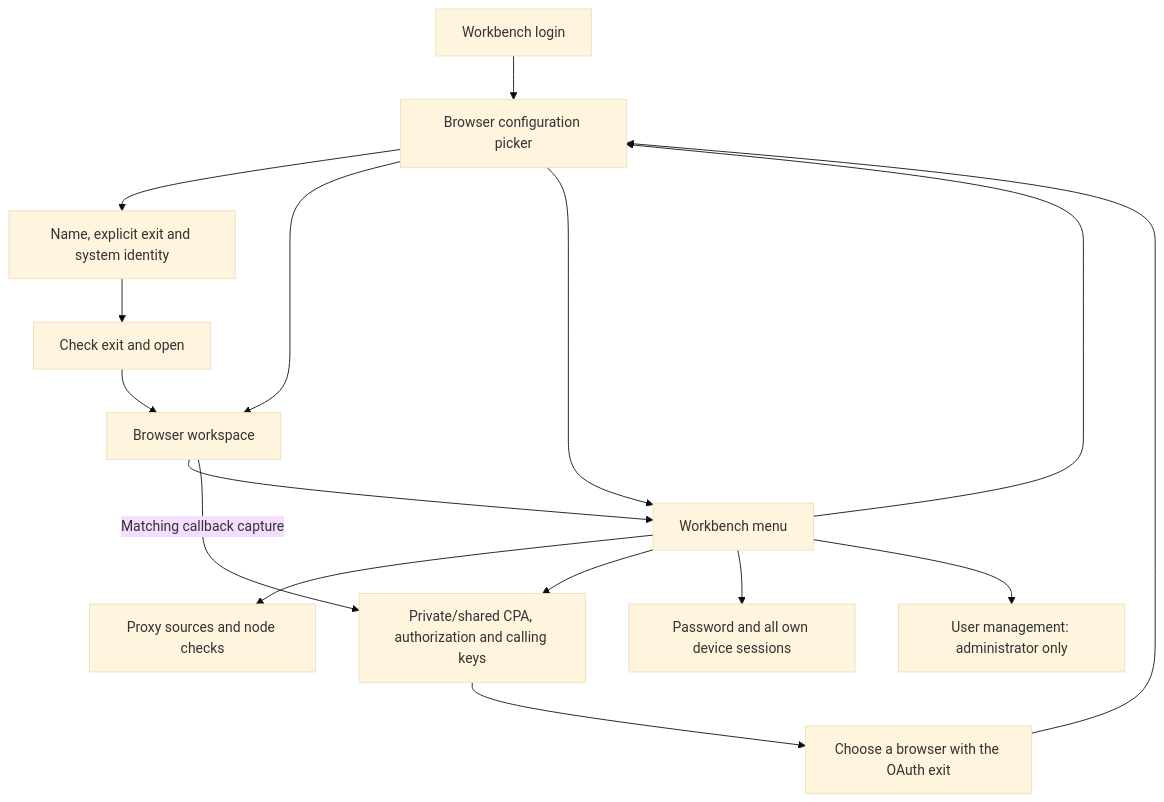
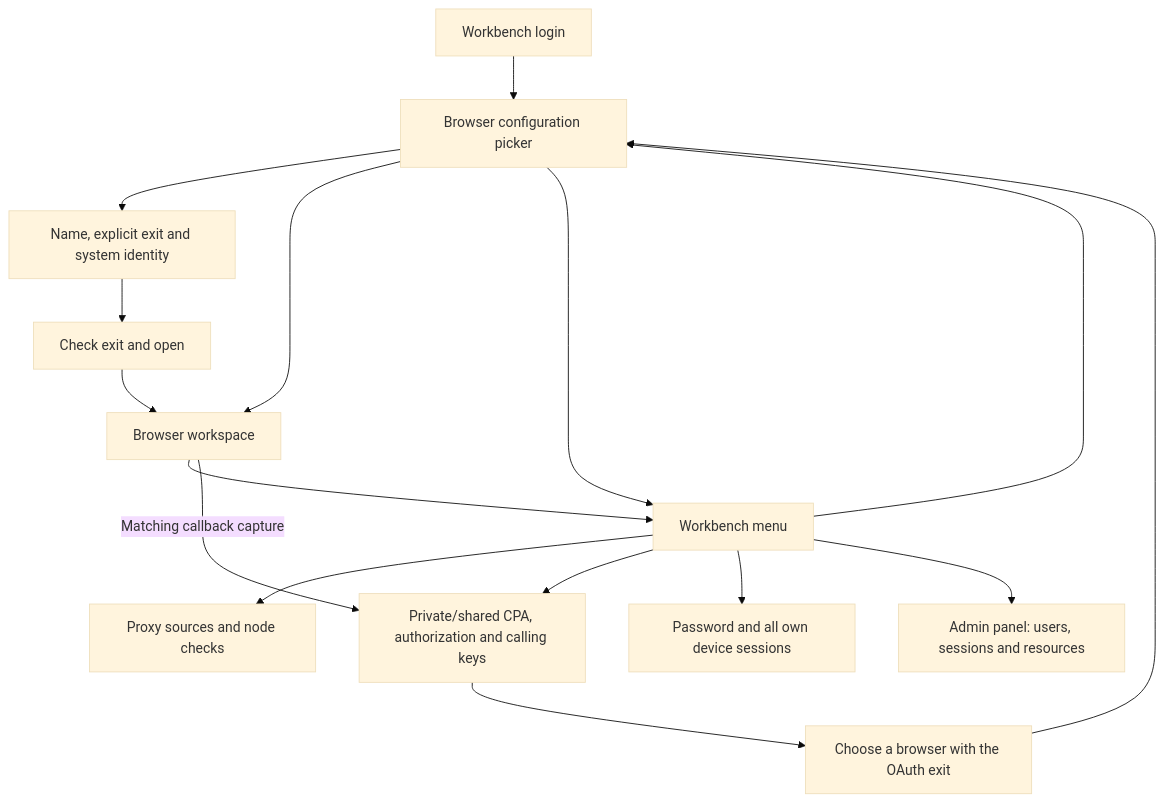
Before and after one commit to NotDesigned/remote-claude-browser: the third of 3 diagrams in docs/architecture.md, drawn with Mermaid (base theme). The commit also changed other lines of this file and 13 other files, not shown here.

Commit message:
Add administrator dashboard and per-user session limits

````diff
--- a/docs/architecture.md
+++ b/docs/architecture.md
@@ -83,18 +85,18 @@
 ```mermaid
 flowchart TD
   Login[Workbench login] --> Picker[Browser configuration picker]
   Picker --> New[Name, explicit exit and system identity]
   New --> Check[Check exit and open]
   Picker --> Browser[Browser workspace]
   Check --> Browser
   Picker --> Menu[Workbench menu]
   Browser --> Menu
   Menu --> Picker
   Menu --> Proxy[Proxy sources and node checks]
   Menu --> API[Private/shared CPA, authorization and calling keys]
   Menu --> Account[Password and all own device sessions]
-  Menu --> Users[User management: administrator only]
+  Menu --> Admin[Admin panel: users, sessions and resources]
   API --> Choose[Choose a browser with the OAuth exit]
   Choose --> Picker
   Browser -->|Matching callback capture| API
 ```
````
